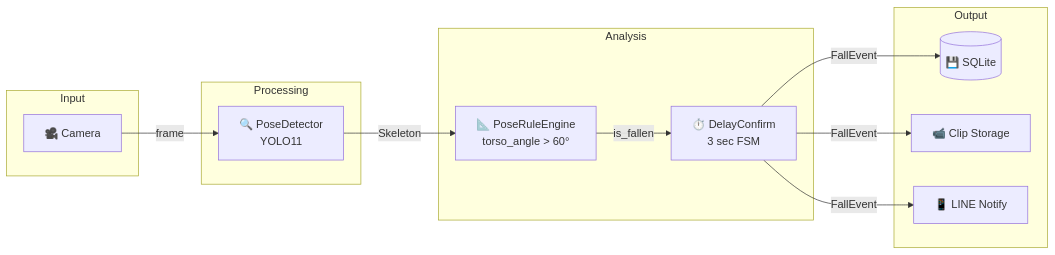
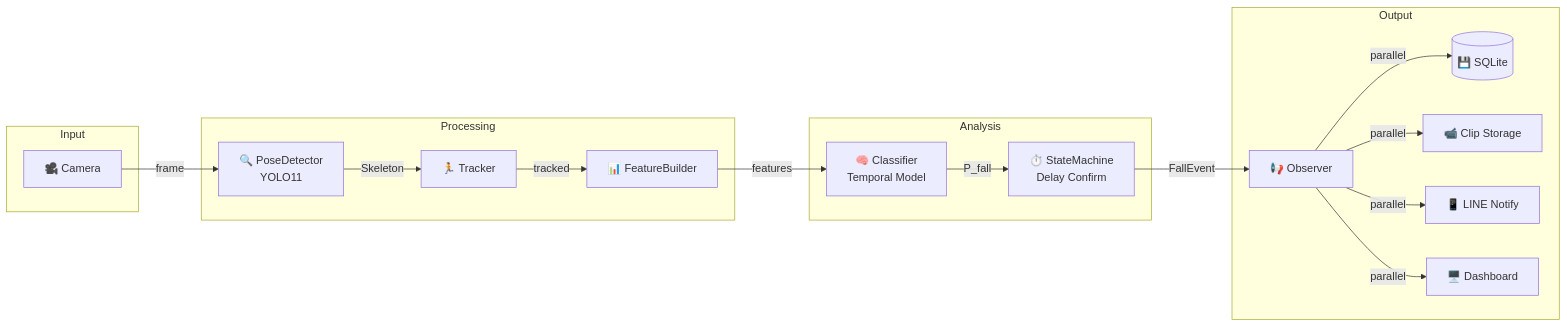
Before and after one commit to kionce57/FDS: the ninth of 10 diagrams in docs/ARCHITECTURE.md, drawn with Mermaid. The commit also changed other lines of this file and 4 other files, not shown here.

First line of the commit message:
docs: add dual-pipeline architecture and future design drafts

````diff
--- a/docs/ARCHITECTURE.md
+++ b/docs/ARCHITECTURE.md
@@ -252,28 +397,36 @@
 ```mermaid
 flowchart LR
     subgraph Input
         CAM[🎥 Camera]
     end
 
     subgraph Processing
         DET[🔍 PoseDetector<br/>YOLO11]
+        TRACK[🏃 Tracker]
+        FEAT[📊 FeatureBuilder]
     end
 
     subgraph Analysis
-        RULE[📐 PoseRuleEngine<br/>torso_angle > 60°]
-        DELAY[⏱️ DelayConfirm<br/>3 sec FSM]
+        CLS[🧠 Classifier<br/>Temporal Model]
+        SM[⏱️ StateMachine<br/>Delay Confirm]
     end
 
     subgraph Output
+        OBS[📢 Observer]
         DB[(💾 SQLite)]
         CLIP[📹 Clip Storage]
         LINE[📱 LINE Notify]
+        DASH[🖥️ Dashboard]
     end
 
     CAM -->|frame| DET
-    DET -->|Skeleton| RULE
-    RULE -->|is_fallen| DELAY
-    DELAY -->|FallEvent| DB
-    DELAY -->|FallEvent| CLIP
-    DELAY -->|FallEvent| LINE
+    DET -->|Skeleton| TRACK
+    TRACK -->|tracked| FEAT
+    FEAT -->|features| CLS
+    CLS -->|P_fall| SM
+    SM -->|FallEvent| OBS
+    OBS -->|parallel| DB
+    OBS -->|parallel| CLIP
+    OBS -->|parallel| LINE
+    OBS -->|parallel| DASH
 ```
````
